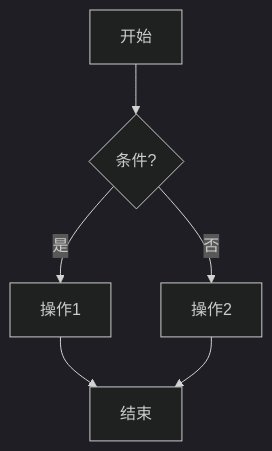
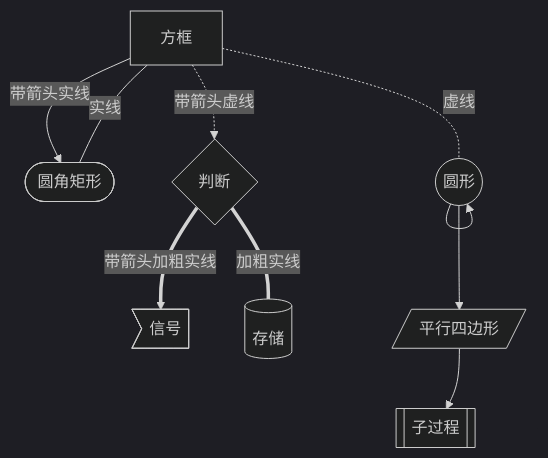
The first of 8 diagrams in 07_tools/mermaid.md (XiaoxiongHou/blog), drawn with Mermaid (dark theme) before and after one commit. The commit also changed other lines of this file, not shown here.

````diff
--- a/07_tools/mermaid.md
+++ b/07_tools/mermaid.md
@@ -57,8 +65,14 @@
 ```mermaid
 graph TD
-    A[开始] --> B{条件?}
-    B -->|是| C[操作1]
-    B -->|否| D[操作2]
-    C --> E[结束]
-    D --> E
+    %% 注意观察不同线型和节点形状的定义
+
+    A[方框] -->|带箭头实线| B([圆角矩形])
+    A ---|实线| B
+
+    A -.->|带箭头虚线| C{判断}
+    A -.-|虚线| O((圆形))
+    O --> O --> F[/平行四边形/] --> G[[子过程]]
+
+    C ==>|带箭头加粗实线| D>信号]
+    C ===|加粗实线| E[(存储)]
 ```
````
